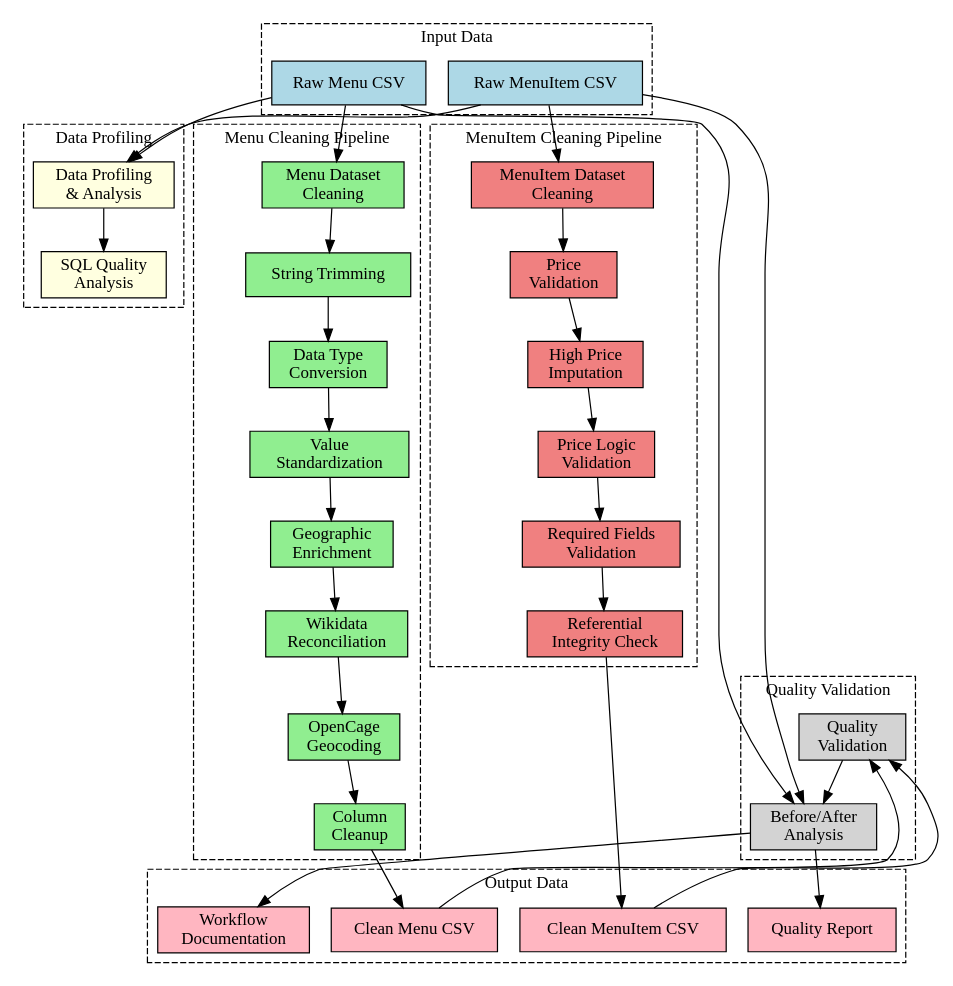
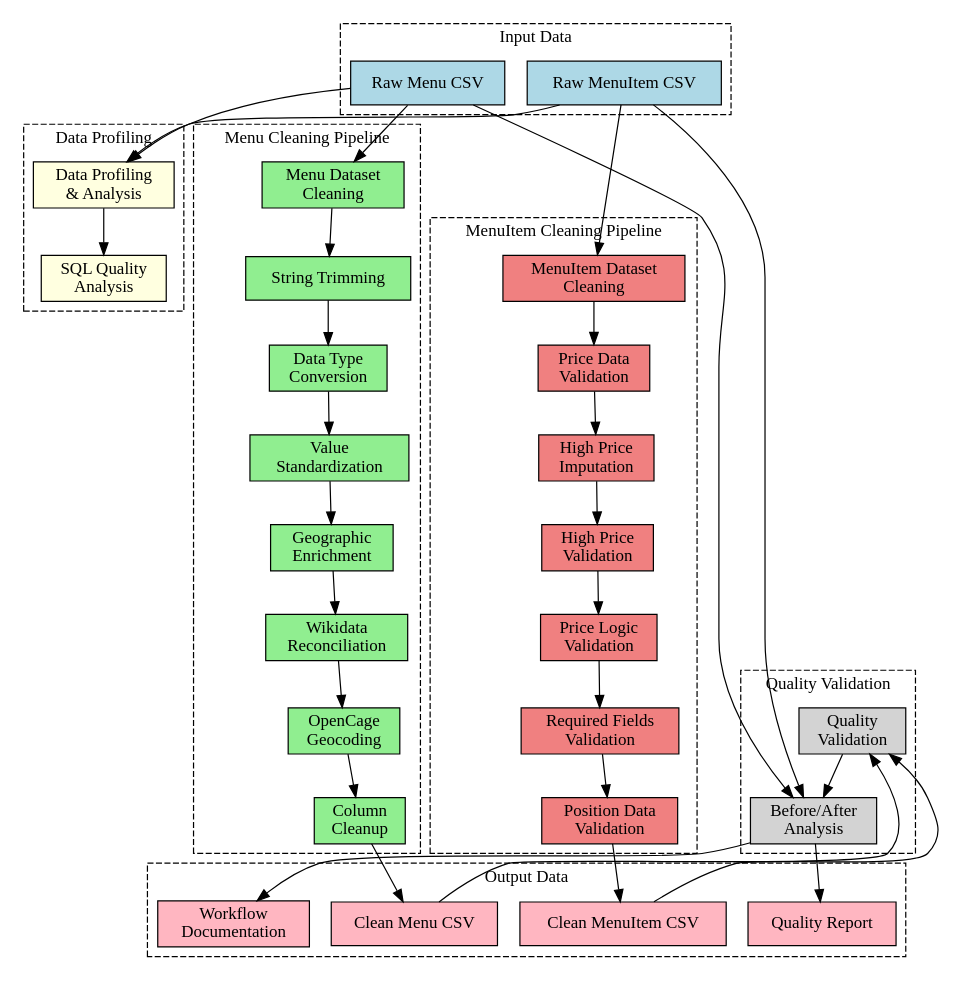
Before and after one commit to haithamshahin333/uiuc-cs513-group: the diagram in Phase II/Detailed_Workflow_W2.gv, drawn with Graphviz. The commit also changed 4 other files, not shown here.

```diff
--- a/Phase II/Detailed_Workflow_W2.gv
+++ b/Phase II/Detailed_Workflow_W2.gv
@@ -1,119 +1,122 @@
 digraph NYPL_Data_Cleaning_Workflow {
     rankdir=TB;
     node [shape=box, style=filled];
     
     raw_menu_csv [label="Raw Menu CSV", fillcolor=lightblue];
     raw_menuitem_csv [label="Raw MenuItem CSV", fillcolor=lightblue];
     
     profiling [label="Data Profiling\n& Analysis", fillcolor=lightyellow];
     sql_analysis [label="SQL Quality\nAnalysis", fillcolor=lightyellow];
     
     menu_cleaning [label="Menu Dataset\nCleaning", fillcolor=lightgreen];
     string_trim [label="String Trimming", fillcolor=lightgreen];
     type_convert [label="Data Type\nConversion", fillcolor=lightgreen];
     value_std [label="Value\nStandardization", fillcolor=lightgreen];
     geo_enrich [label="Geographic\nEnrichment", fillcolor=lightgreen];
     wikidata [label="Wikidata\nReconciliation", fillcolor=lightgreen];
     opencage [label="OpenCage\nGeocoding", fillcolor=lightgreen];
     column_cleanup [label="Column\nCleanup", fillcolor=lightgreen];
     
     menuitem_cleaning [label="MenuItem Dataset\nCleaning", fillcolor=lightcoral];
-    price_valid [label="Price\nValidation", fillcolor=lightcoral];
+    price_valid [label="Price Data\nValidation", fillcolor=lightcoral];
     price_impute [label="High Price\nImputation", fillcolor=lightcoral];
+    high_price_valid [label="High Price\nValidation", fillcolor=lightcoral];
     price_logic [label="Price Logic\nValidation", fillcolor=lightcoral];
     field_valid [label="Required Fields\nValidation", fillcolor=lightcoral];
-    ref_integrity [label="Referential\nIntegrity Check", fillcolor=lightcoral];
+    position_valid [label="Position Data\nValidation", fillcolor=lightcoral];
     
     quality_valid [label="Quality\nValidation", fillcolor=lightgray];
     before_after [label="Before/After\nAnalysis", fillcolor=lightgray];
     
     clean_menu_csv [label="Clean Menu CSV", fillcolor=lightpink];
     clean_menuitem_csv [label="Clean MenuItem CSV", fillcolor=lightpink];
     quality_report [label="Quality Report", fillcolor=lightpink];
     workflow_doc [label="Workflow\nDocumentation", fillcolor=lightpink];
     
     raw_menu_csv -> profiling;
     raw_menuitem_csv -> profiling;
     profiling -> sql_analysis;
     
     raw_menu_csv -> menu_cleaning;
     menu_cleaning -> string_trim;
     string_trim -> type_convert;
     type_convert -> value_std;
     value_std -> geo_enrich;
     geo_enrich -> wikidata;
     wikidata -> opencage;
     opencage -> column_cleanup;
     column_cleanup -> clean_menu_csv;
     
     raw_menuitem_csv -> menuitem_cleaning;
     menuitem_cleaning -> price_valid;
     price_valid -> price_impute;
-    price_impute -> price_logic;
+    price_impute -> high_price_valid;
+    high_price_valid -> price_logic;
     price_logic -> field_valid;
-    field_valid -> ref_integrity;
-    ref_integrity -> clean_menuitem_csv;
+    field_valid -> position_valid;
+    position_valid -> clean_menuitem_csv;
     
     clean_menu_csv -> quality_valid;
     clean_menuitem_csv -> quality_valid;
     quality_valid -> before_after;
     raw_menu_csv -> before_after;
     raw_menuitem_csv -> before_after;
     
     before_after -> quality_report;
     before_after -> workflow_doc;
     
     subgraph cluster_input {
         label="Input Data";
         style=dashed;
         raw_menu_csv;
         raw_menuitem_csv;
     }
     
     subgraph cluster_profiling {
         label="Data Profiling";
         style=dashed;
         profiling;
         sql_analysis;
     }
     
     subgraph cluster_menu_clean {
         label="Menu Cleaning Pipeline";
         style=dashed;
         menu_cleaning;
         string_trim;
         type_convert;
         value_std;
         geo_enrich;
         wikidata;
         opencage;
         column_cleanup;
     }
     
     subgraph cluster_menuitem_clean {
         label="MenuItem Cleaning Pipeline";
         style=dashed;
         menuitem_cleaning;
         price_valid;
         price_impute;
+        high_price_valid;
         price_logic;
         field_valid;
-        ref_integrity;
+        position_valid;
     }
     
     subgraph cluster_validation {
         label="Quality Validation";
         style=dashed;
         quality_valid;
         before_after;
     }
     
     subgraph cluster_output {
         label="Output Data";
         style=dashed;
         clean_menu_csv;
         clean_menuitem_csv;
         quality_report;
         workflow_doc;
     }
 }
```
